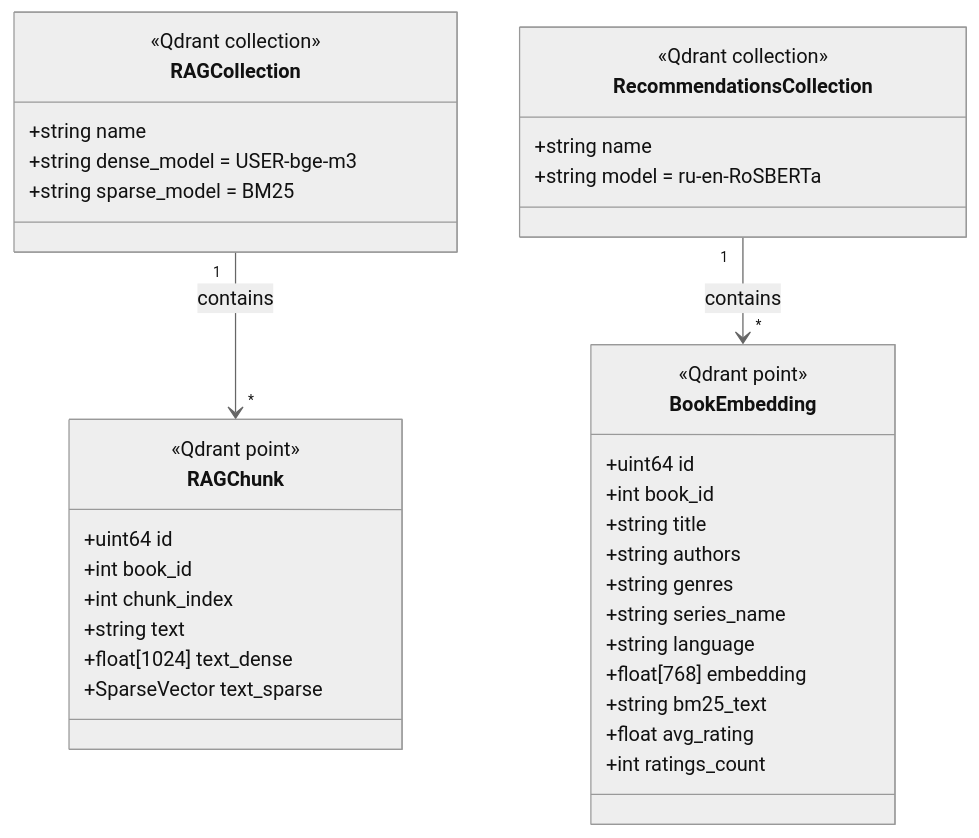
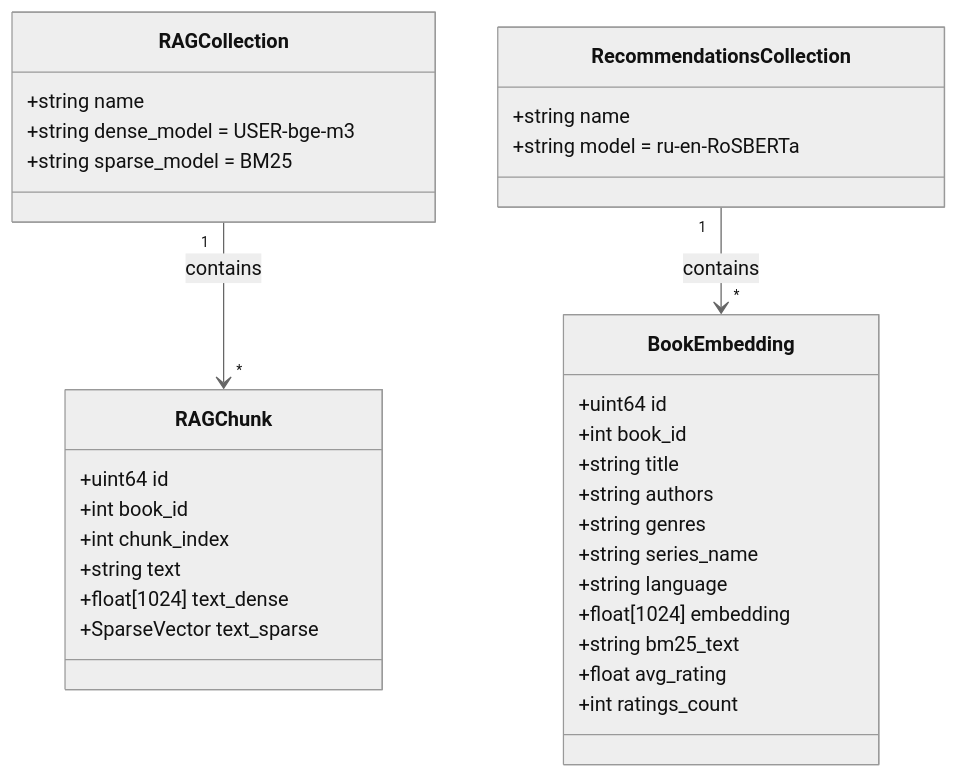
The fourth of 5 diagrams in docs/DATABASE.md (Pavel-Skibin/DigitalLibrary), drawn with Mermaid (neutral theme) before and after one commit. The commit also changed other lines of this file and 21 other files, not shown here.

````diff
--- a/docs/DATABASE.md
+++ b/docs/DATABASE.md
@@ -135,40 +155,36 @@
 ```mermaid
 classDiagram
     class RAGChunk {
-        <<Qdrant point>>
         +uint64 id
         +int book_id
         +int chunk_index
         +string text
         +float[1024] text_dense
         +SparseVector text_sparse
     }
     class BookEmbedding {
-        <<Qdrant point>>
         +uint64 id
         +int book_id
         +string title
         +string authors
         +string genres
         +string series_name
         +string language
-        +float[768] embedding
+        +float[1024] embedding
         +string bm25_text
         +float avg_rating
         +int ratings_count
     }
     class RAGCollection {
-        <<Qdrant collection>>
         +string name
         +string dense_model = USER-bge-m3
         +string sparse_model = BM25
     }
     class RecommendationsCollection {
-        <<Qdrant collection>>
         +string name
         +string model = ru-en-RoSBERTa
     }
 
     RAGCollection "1" --> "*" RAGChunk : contains
     RecommendationsCollection "1" --> "*" BookEmbedding : contains
 ```
````
